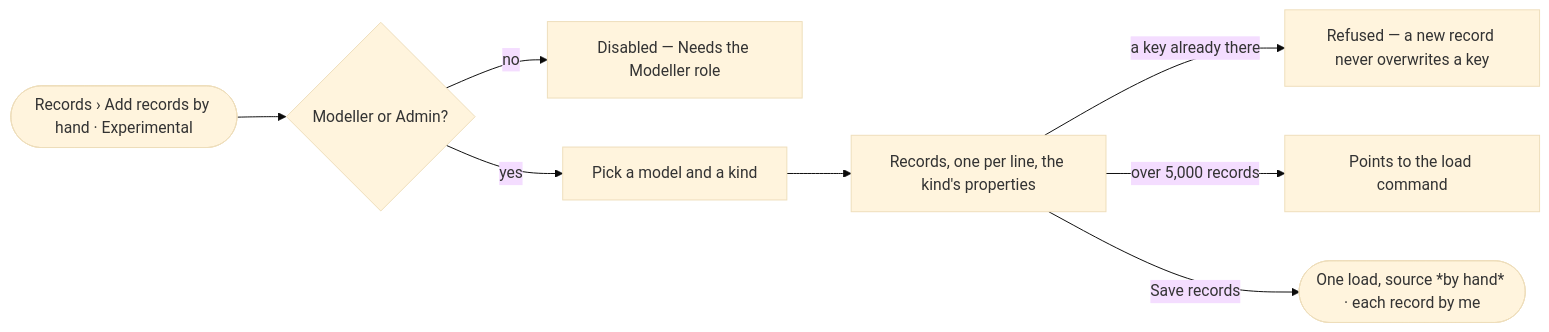
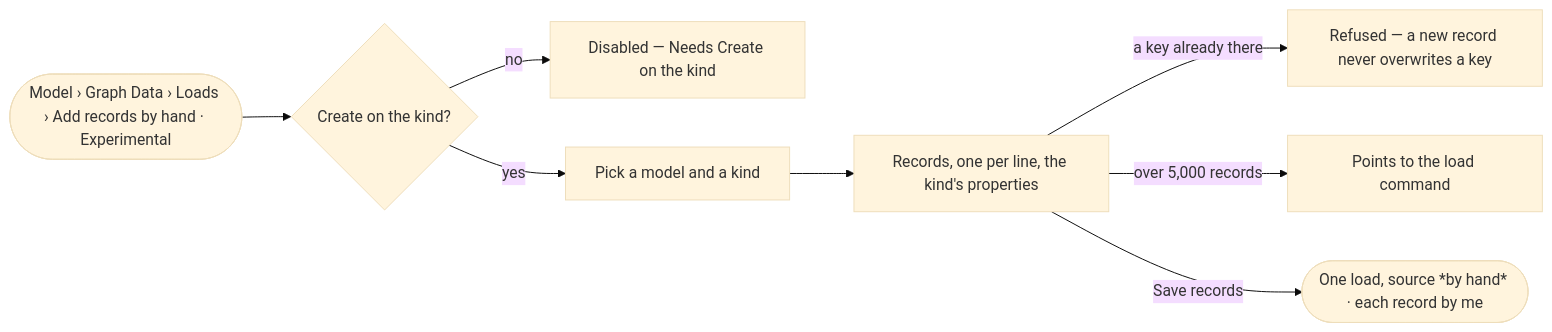
Before and after one commit to invana/invana: the diagram in specs/capabilities/records/features/RC-F02-bring-records-in/stories/RC-11-add-a-few-records-by-hand/story.md, drawn with Mermaid (base theme). The commit also changed other lines of this file and 456 other files, not shown here.

````diff
--- a/specs/capabilities/records/features/RC-F02-bring-records-in/stories/RC-11-add-a-few-records-by-hand/story.md
+++ b/specs/capabilities/records/features/RC-F02-bring-records-in/stories/RC-11-add-a-few-records-by-hand/story.md
@@ -28,10 +28,10 @@
 ```mermaid
 flowchart LR
-  a([Records › Add records by hand · Experimental]) --> g{Modeller or Admin?}
-  g -->|no| na["Disabled — Needs the Modeller role"]
+  a([Model › Graph Data › Loads › Add records by hand · Experimental]) --> g{Create on the kind?}
+  g -->|no| na["Disabled — Needs Create on the kind"]
   g -->|yes| k["Pick a model and a kind"]
   k --> rows["Records, one per line, the kind's properties"]
   rows -->|a key already there| kx["Refused — a new record never overwrites a key"]
   rows -->|over 5,000 records| big["Points to the load command"]
   rows -->|Save records| ok(["One load, source *by hand* · each record by me"])
 ```
````
